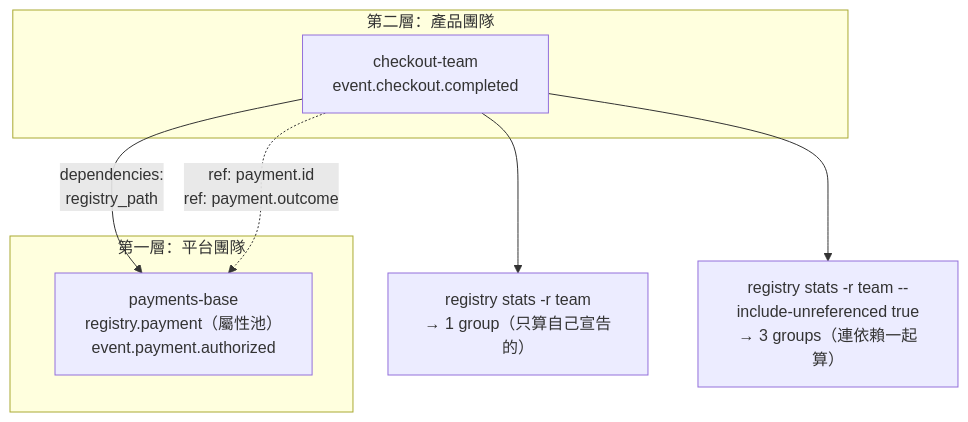
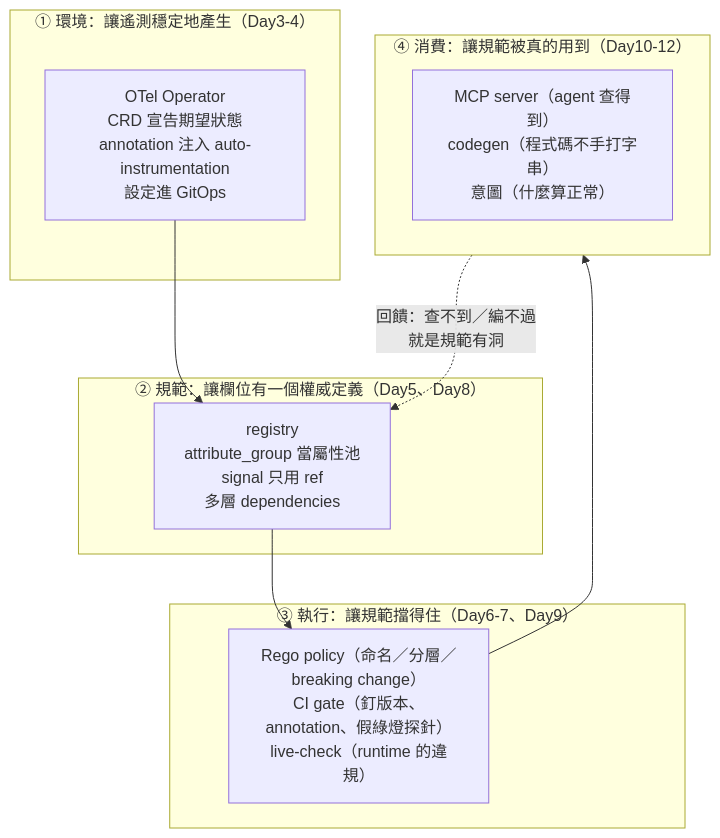
The diagram in weaver-demo/ironman-2026/day13.md (tedmax100/o11y-bench), drawn with Mermaid before and after one commit. The commit also changed other lines of this file and 15 other files, not shown here.

````diff
--- a/weaver-demo/ironman-2026/day13.md
+++ b/weaver-demo/ironman-2026/day13.md
@@ -128,16 +20,18 @@
 ```mermaid
 flowchart TB
-    subgraph L1["第一層：平台團隊"]
-      B["payments-base<br/>registry.payment（屬性池）<br/>event.payment.authorized"]
+    subgraph P1["① 環境：讓遙測穩定地產生（Day3-4）"]
+      O["OTel Operator<br/>CRD 宣告期望狀態<br/>annotation 注入 auto-instrumentation<br/>設定進 GitOps"]
     end
-    subgraph L2["第二層：產品團隊"]
-      T["checkout-team<br/>event.checkout.completed"]
+    subgraph P2["② 規範：讓欄位有一個權威定義（Day5、Day8）"]
+      R["registry<br/>attribute_group 當屬性池<br/>signal 只用 ref<br/>多層 dependencies"]
     end
-    T -->|"dependencies:<br/>registry_path"| B
-    T -.->|"ref: payment.id<br/>ref: payment.outcome"| B
+    subgraph P3["③ 執行：讓規範擋得住（Day6-7、Day9）"]
+      G["Rego policy（命名／分層／breaking change）<br/>CI gate（釘版本、annotation、假綠燈探針）<br/>live-check（runtime 的違規）"]
+    end
+    subgraph P4["④ 消費：讓規範被真的用到（Day10-12）"]
+      M["MCP server（agent 查得到）<br/>codegen（程式碼不手打字串）<br/>意圖（什麼算正常）"]
+    end
 
-    S1["registry stats -r team<br/>→ 1 group（只算自己宣告的）"]
-    S2["registry stats -r team --include-unreferenced true<br/>→ 3 groups（連依賴一起算）"]
-    T --> S1
-    T --> S2
+    O --> R --> G --> P4
+    P4 -.->|"回饋：查不到／編不過<br/>就是規範有洞"| R
 ```
````
